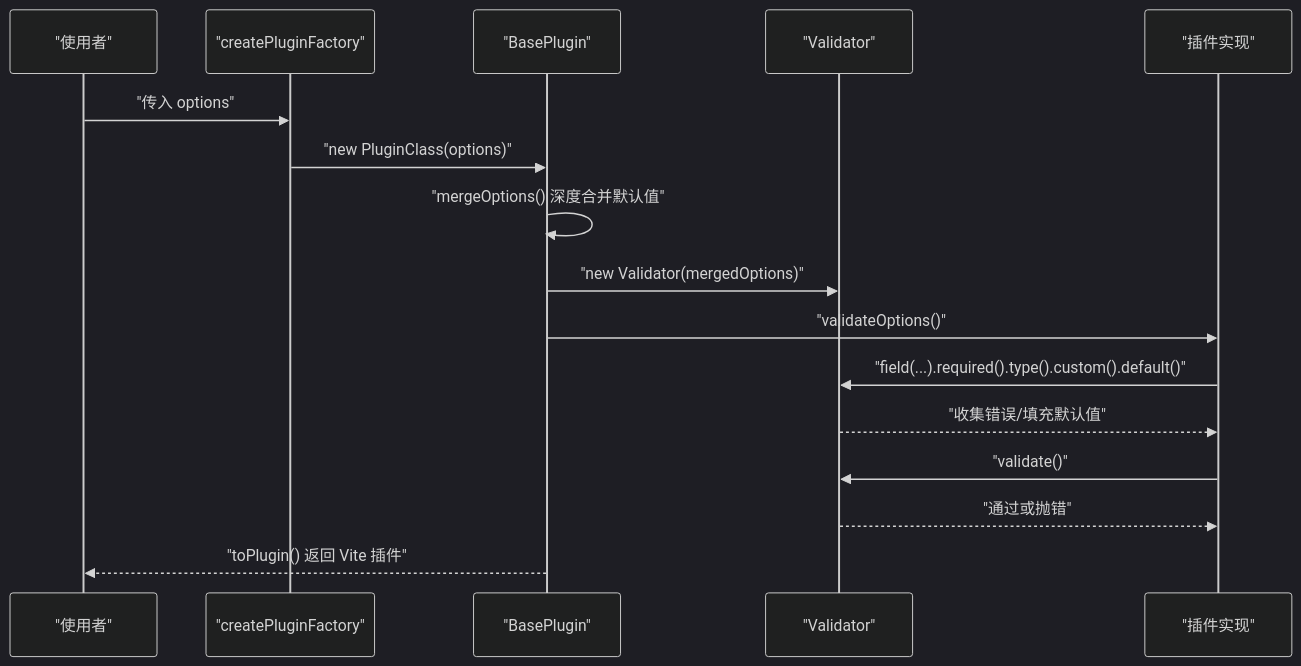
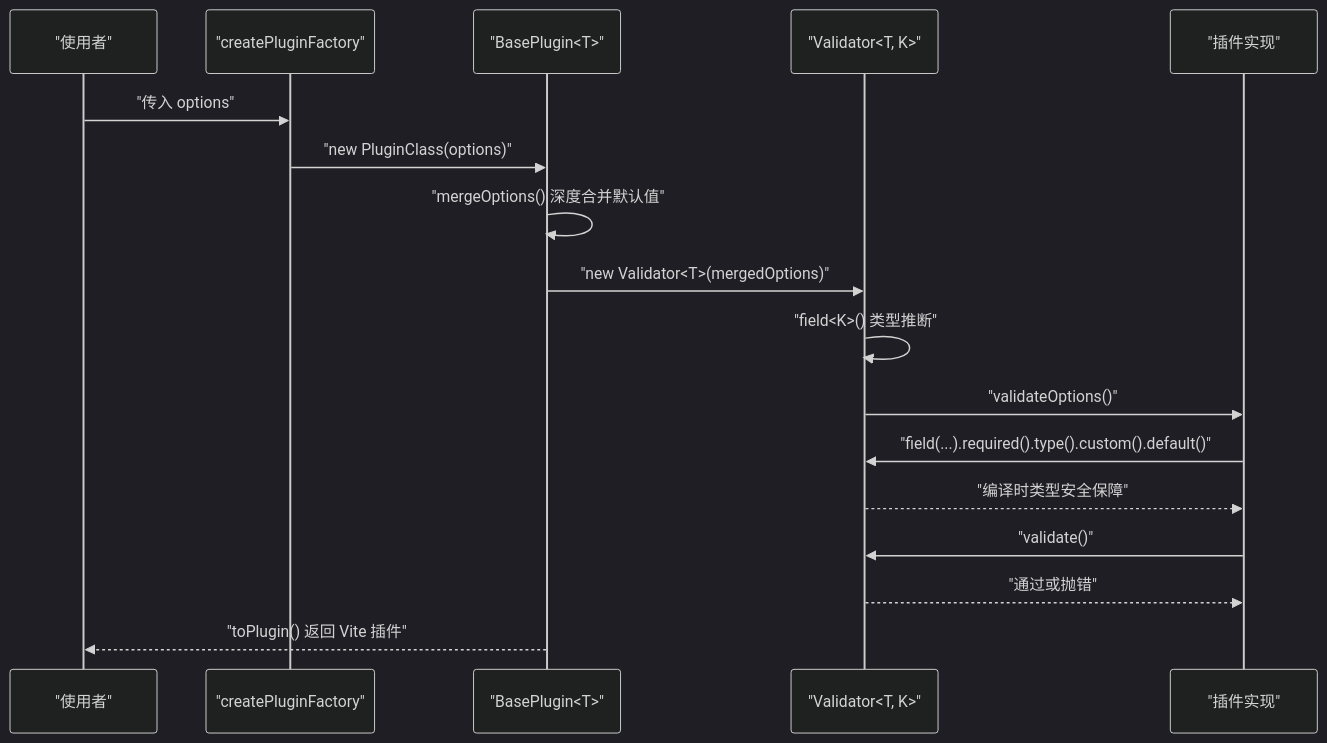
One commit to MengXi-Studio/vite-plugin changed the second of 7 diagrams in .qoder/repowiki/zh/content/工具模块/验证器工具.md. Above: the diagram before and after it, drawn with Mermaid (dark theme). The commit also changed other lines of this file and 5 other files, not shown here.

````diff
--- a/.qoder/repowiki/zh/content/工具模块/验证器工具.md
+++ b/.qoder/repowiki/zh/content/工具模块/验证器工具.md
@@ -100,18 +108,19 @@
 ```mermaid
 sequenceDiagram
 participant U as "使用者"
 participant F as "createPluginFactory"
-participant P as "BasePlugin"
-participant V as "Validator"
+participant P as "BasePlugin<T>"
+participant V as "Validator<T, K>"
 participant S as "插件实现"
 U->>F : "传入 options"
 F->>P : "new PluginClass(options)"
 P->>P : "mergeOptions() 深度合并默认值"
-P->>V : "new Validator(mergedOptions)"
-P->>S : "validateOptions()"
+P->>V : "new Validator<T>(mergedOptions)"
+V->>V : "field<K>() 类型推断"
+V->>S : "validateOptions()"
 S->>V : "field(...).required().type().custom().default()"
-V-->>S : "收集错误/填充默认值"
+V-->>S : "编译时类型安全保障"
 S->>V : "validate()"
 V-->>S : "通过或抛错"
 P-->>U : "toPlugin() 返回 Vite 插件"
 ```
````
